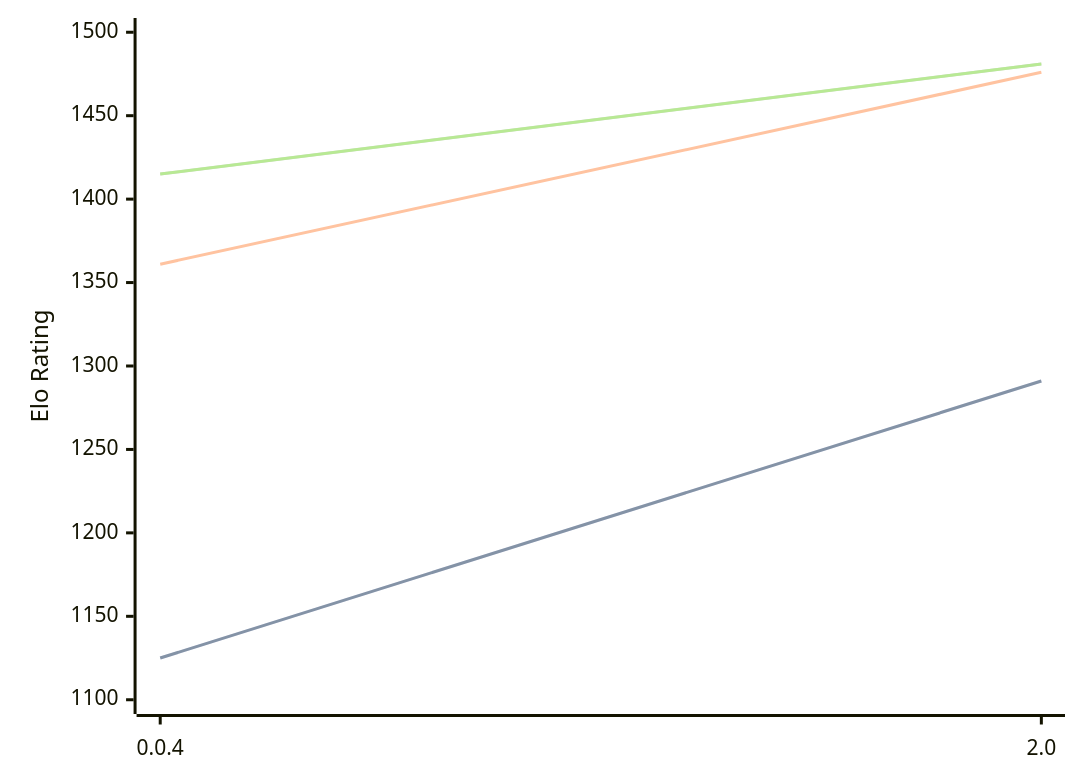
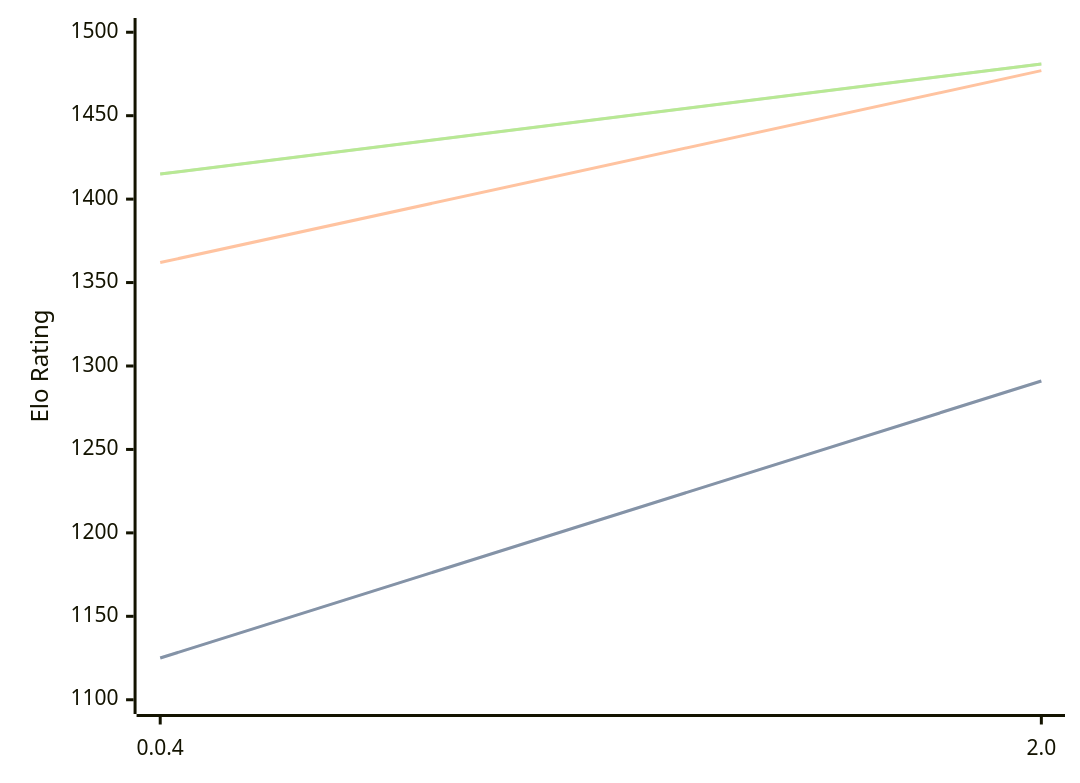
Before and after one commit to computer-chess-index/cci: the diagram in engines/Oops!Mate.md, drawn with Mermaid. The commit also changed other lines of this file, not shown here.

````diff
--- a/engines/Oops!Mate.md
+++ b/engines/Oops!Mate.md
@@ -51,11 +51,11 @@
 ```mermaid
 %%{init: {"theme":"base","themeVariables":{"seriesColors:['#a3a3a3','#222221','#faa371']}}}%%
 xychart-beta
   x-axis ["0.0.4", "2.0"]
   y-axis "Elo Rating" 1100 --> 1500
   line "STC (8.0+0.08s)" [1125, 1291]
   line "STC (8.0+0.08s)" [1125, 1291]
-  line "LTC (60.0+0.60s)" [1361, 1476]
+  line "LTC (60.0+0.60s)" [1362, 1477]
   line "VLTC (2m24s+1.12s)" [1415, 1481]
   line "VLTC (2m24s+1.12s)" [1415, 1481]
 ```
````
